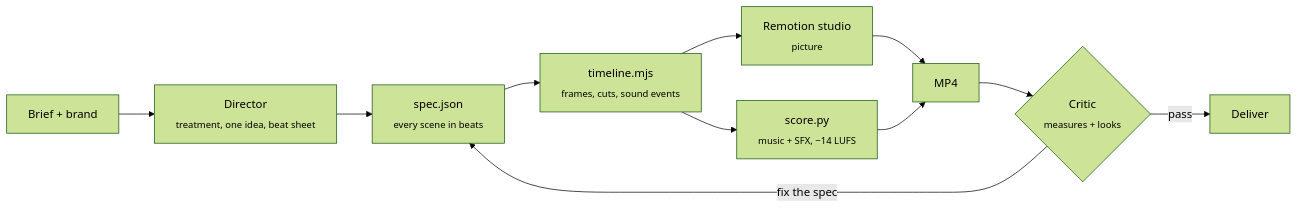
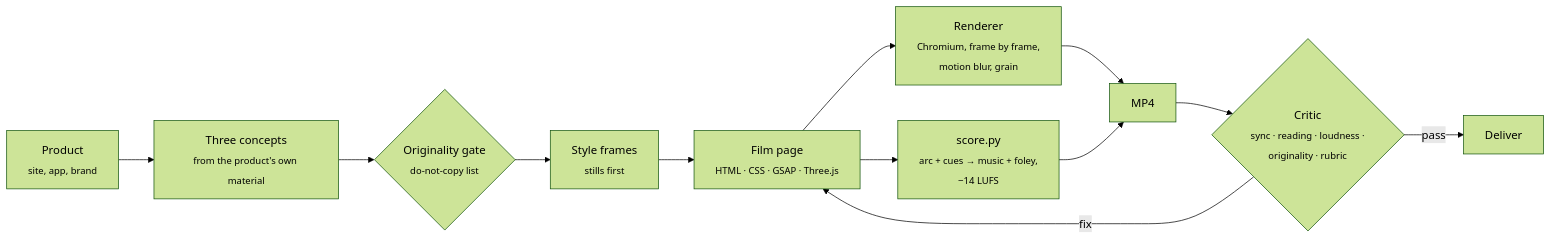
One commit to mowfxy/slate changed the diagram in README.md. Above: the diagram before and after it, drawn with Mermaid (forest theme). The commit also changed other lines of this file and 84 other files, not shown here.

First line of the commit message:
Rebuild Slate: browser film engine, original product-derived films

````diff
--- a/README.md
+++ b/README.md
@@ -52,13 +34,14 @@
 ```mermaid
 flowchart LR
-    A[Brief + brand] --> B[Director<br><sub>treatment, one idea, beat sheet</sub>]
-    B --> C[spec.json<br><sub>every scene in beats</sub>]
-    C --> D[timeline.mjs<br><sub>frames, cuts, sound events</sub>]
-    D --> E[Remotion studio<br><sub>picture</sub>]
-    D --> F[score.py<br><sub>music + SFX, −14 LUFS</sub>]
-    E --> G[MP4]
-    F --> G
-    G --> H{Critic<br><sub>measures + looks</sub>}
-    H -- fix the spec --> C
-    H -- pass --> I[Deliver]
+    A[Product<br><sub>site, app, brand</sub>] --> B[Three concepts<br><sub>from the product's own material</sub>]
+    B --> G{Originality gate<br><sub>do-not-copy list</sub>}
+    G --> C[Style frames<br><sub>stills first</sub>]
+    C --> D[Film page<br><sub>HTML · CSS · GSAP · Three.js</sub>]
+    D --> E[Renderer<br><sub>Chromium, frame by frame,<br>motion blur, grain</sub>]
+    D --> F[score.py<br><sub>arc + cues → music + foley,<br>−14 LUFS</sub>]
+    E --> H[MP4]
+    F --> H
+    H --> I{Critic<br><sub>sync · reading · loudness ·<br>originality · rubric</sub>}
+    I -- fix --> D
+    I -- pass --> J[Deliver]
 ```
````
